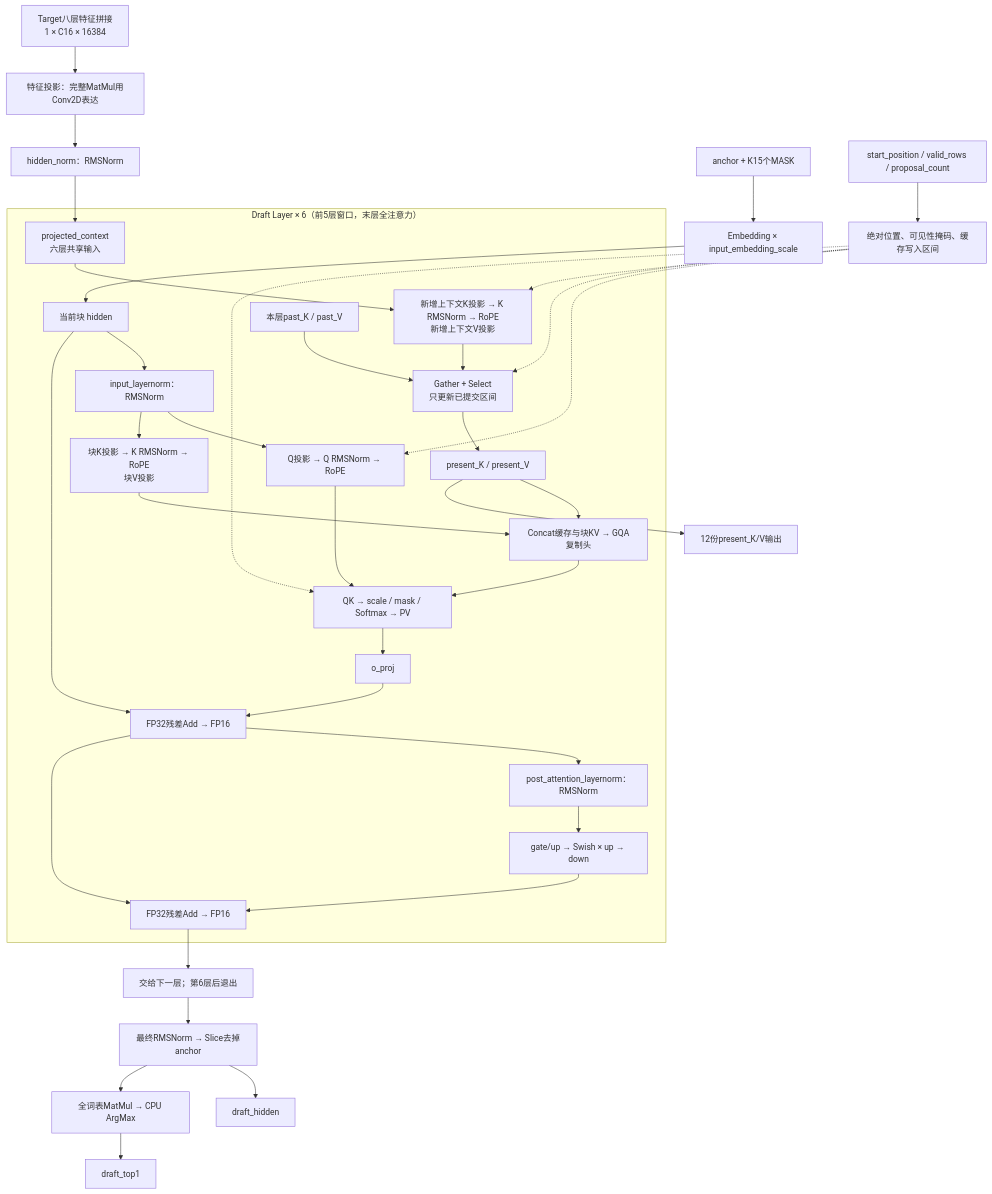
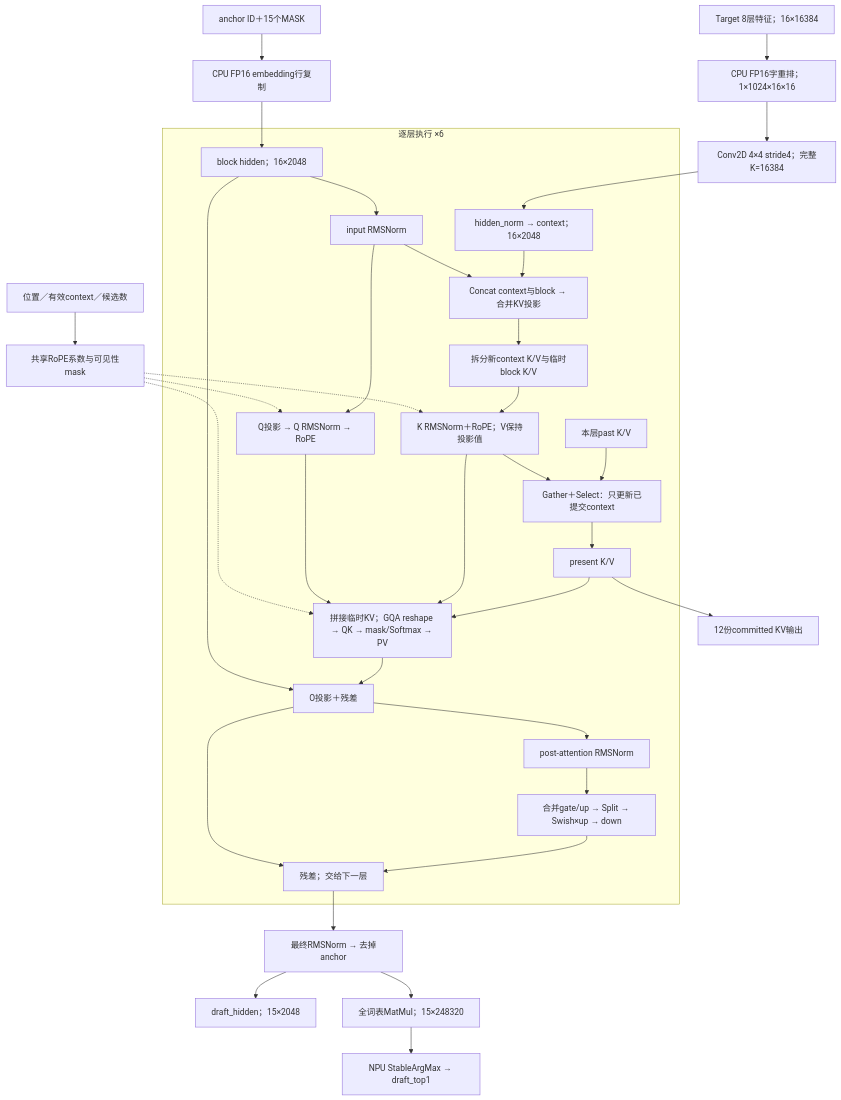
Before and after one commit to day8reak/qwen3.5-35B-dflash: the diagram in docs/model-architecture.md, drawn with Mermaid. The commit also changed other lines of this file and 12 other files, not shown here.

````diff
--- a/docs/model-architecture.md
+++ b/docs/model-architecture.md
@@ -43,39 +58,37 @@
 ```mermaid
 flowchart TD
-    Features["Target八层特征拼接<br/>1 × C16 × 16384"] --> FC["特征投影：完整MatMul用Conv2D表达"]
-    FC --> HNorm["hidden_norm：RMSNorm"]
-    Tokens["anchor + K15个MASK"] --> Embed["Embedding × input_embedding_scale"]
-    Control["start_position / valid_rows / proposal_count"] --> Mask["绝对位置、可见性掩码、缓存写入区间"]
-    Embed --> H["当前块 hidden"]
-    HNorm --> Context["projected_context<br/>六层共享输入"]
-    subgraph Layer["Draft Layer × 6（前5层窗口，末层全注意力）"]
-        H --> INorm["input_layernorm：RMSNorm"]
-        INorm --> Q["Q投影 → Q RMSNorm → RoPE"]
-        INorm --> BK["块K投影 → K RMSNorm → RoPE<br/>块V投影"]
-        Context --> CK["新增上下文K投影 → K RMSNorm → RoPE<br/>新增上下文V投影"]
-        CK --> Write["Gather + Select<br/>只更新已提交区间"]
-        Past["本层past_K / past_V"] --> Write
-        Write --> Present["present_K / present_V"]
-        Present --> Join["Concat缓存与块KV → GQA复制头"]
-        BK --> Join
-        Q --> Attention["QK → scale / mask / Softmax → PV"]
-        Join --> Attention
-        Attention --> O["o_proj"]
-        O --> Add1["FP32残差Add → FP16"]
-        H --> Add1
-        Add1 --> PNorm["post_attention_layernorm：RMSNorm"]
-        PNorm --> MLP["gate/up → Swish × up → down"]
-        MLP --> Add2["FP32残差Add → FP16"]
-        Add1 --> Add2
+    TF["Target 8层特征；16×16384"] --> Pack["CPU FP16字重排；1×1024×16×16"]
+    Pack --> Conv["Conv2D 4×4 stride4；完整K=16384"]
+    Conv --> HNorm["hidden_norm → context；16×2048"]
+    IDs["anchor ID＋15个MASK"] --> Lookup["CPU FP16 embedding行复制"]
+    Lookup --> H["block hidden；16×2048"]
+    Ctrl["位置／有效context／候选数"] --> Shared["共享RoPE系数与可见性mask"]
+    subgraph Layer["逐层执行 ×6"]
+        H --> IN["input RMSNorm"]
+        IN --> Q["Q投影 → Q RMSNorm → RoPE"]
+        HNorm --> KV["Concat context与block → 合并KV投影"]
+        IN --> KV
+        KV --> Split["拆分新context K/V与临时block K/V"]
+        Split --> KN["K RMSNorm＋RoPE；V保持投影值"]
+        Past["本层past K/V"] --> Write["Gather＋Select：只更新已提交context"]
+        KN --> Write
+        Write --> Present["present K/V"]
+        Present --> Attn["拼接临时KV；GQA reshape → QK → mask/Softmax → PV"]
+        KN --> Attn
+        Q --> Attn
+        Attn --> O["O投影＋残差"]
+        H --> O
+        O --> PN["post-attention RMSNorm"]
+        PN --> MLP["合并gate/up → Split → Swish×up → down"]
+        MLP --> Add["残差；交给下一层"]
+        O --> Add
     end
-    Mask -.-> Q
-    Mask -.-> CK
-    Mask -.-> Write
-    Mask -.-> Attention
-    Add2 --> Next["交给下一层；第6层后退出"]
-    Next --> Final["最终RMSNorm → Slice去掉anchor"]
-    Final --> HiddenOut["draft_hidden"]
-    Final --> Head["全词表MatMul → CPU ArgMax"]
-    Head --> Top1["draft_top1"]
-    Present --> CacheOut["12份present_K/V输出"]
+    Shared -.-> Q
+    Shared -.-> KN
+    Shared -.-> Attn
+    Add --> Final["最终RMSNorm → 去掉anchor"]
+    Final --> Hidden["draft_hidden；15×2048"]
+    Final --> Head["全词表MatMul；15×248320"]
+    Head --> Top["NPU StableArgMax → draft_top1"]
+    Present --> Cache["12份committed KV输出"]
 ```
````
